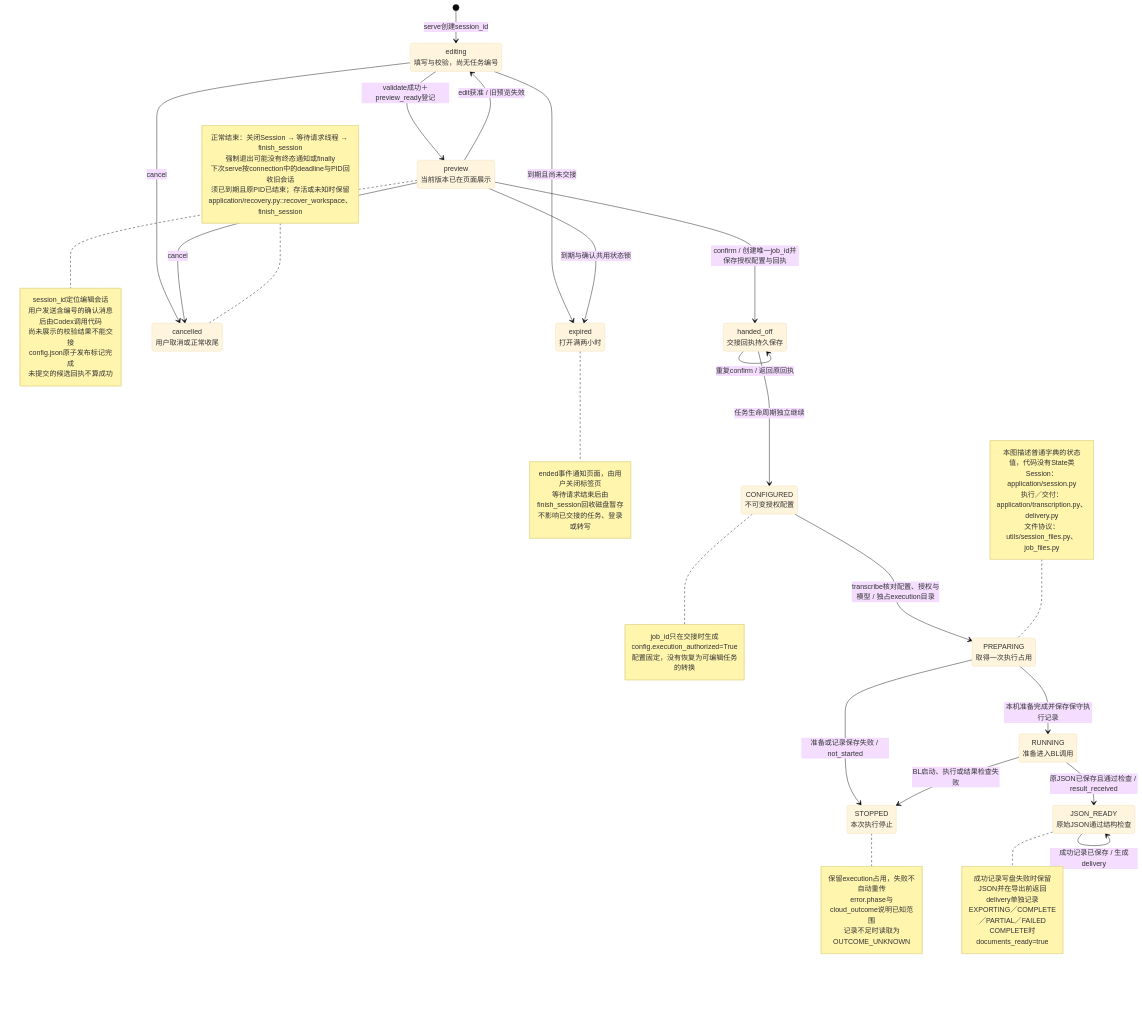
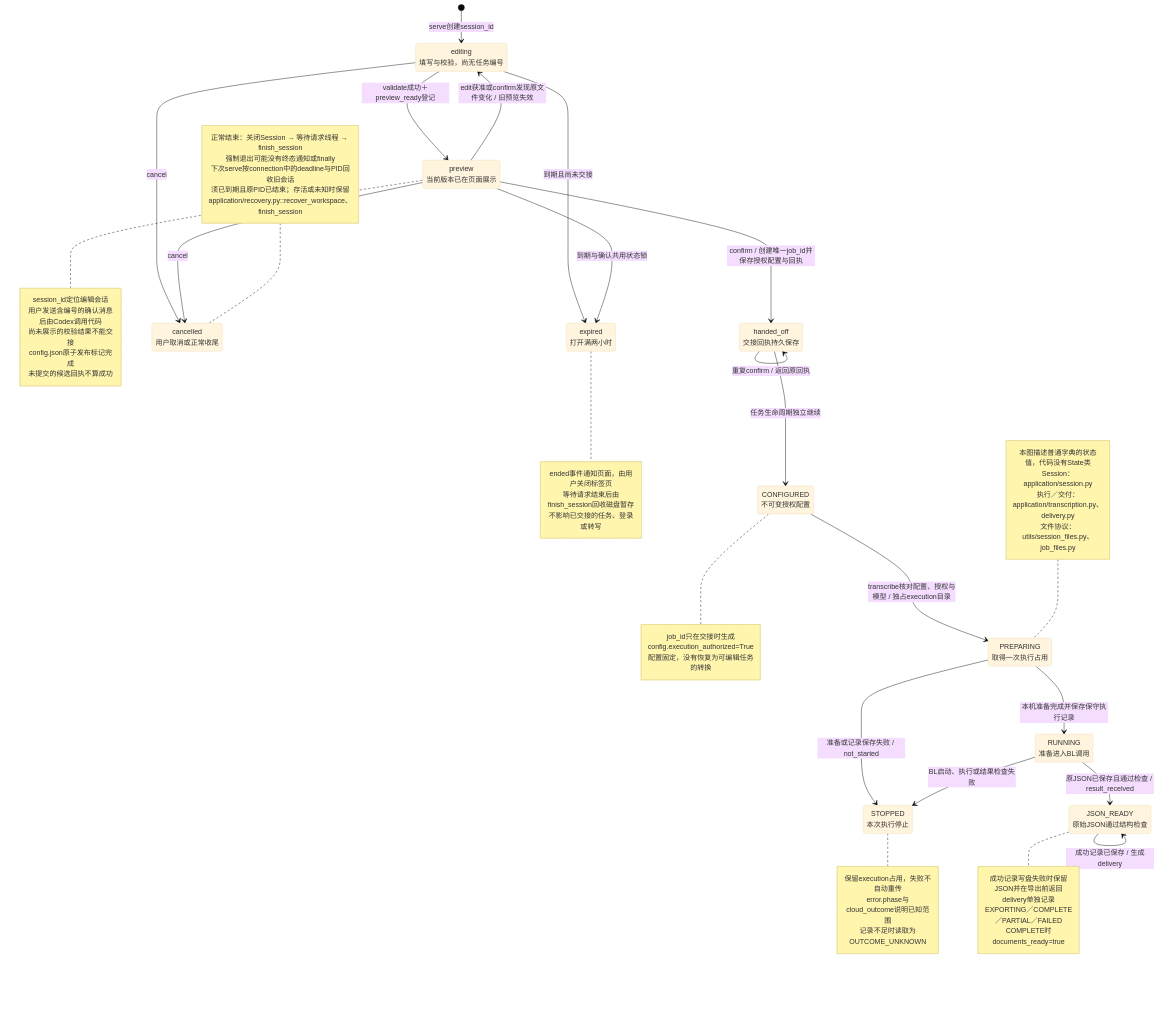
Before and after one commit to hx101700/memoflow: the diagram in doc/uml/07-state.mmd, drawn with Mermaid (base theme). The commit also changed 42 other files, not shown here.

```diff
--- a/doc/uml/07-state.mmd
+++ b/doc/uml/07-state.mmd
@@ -1,70 +1,70 @@
 stateDiagram-v2
 direction TB
 state "editing<br/>填写与校验，尚无任务编号" as Editing
 state "preview<br/>当前版本已在页面展示" as Preview
 state "handed_off<br/>交接回执持久保存" as HandedOff
 state "expired<br/>打开满两小时" as Expired
 state "cancelled<br/>用户取消或正常收尾" as Cancelled
 [*] --> Editing : serve创建session_id
 Editing --> Preview : validate成功＋preview_ready登记
-Preview --> Editing : edit获准 / 旧预览失效
+Preview --> Editing : edit获准或confirm发现原文件变化 / 旧预览失效
 Editing --> Expired : 到期且尚未交接
 Preview --> Expired : 到期与确认共用状态锁
 Editing --> Cancelled : cancel
 Preview --> Cancelled : cancel
 Preview --> HandedOff : confirm / 创建唯一job_id并保存授权配置与回执
 HandedOff --> HandedOff : 重复confirm / 返回原回执
 note right of Preview
   session_id定位编辑会话
   用户发送含编号的确认消息后由Codex调用代码
   尚未展示的校验结果不能交接
   config.json原子发布标记完成
   未提交的候选回执不算成功
 end note
 note right of Expired
   ended事件通知页面，由用户关闭标签页
   等待请求结束后由finish_session回收磁盘暂存
   不影响已交接的任务、登录或转写
 end note
 
 state "CONFIGURED<br/>不可变授权配置" as Configured
 state "PREPARING<br/>取得一次执行占用" as Preparing
 state "RUNNING<br/>准备进入BL调用" as Running
 state "STOPPED<br/>本次执行停止" as Stopped
 state "JSON_READY<br/>原始JSON通过结构检查" as JsonReady
 HandedOff --> Configured : 任务生命周期独立继续
 Configured --> Preparing : transcribe核对配置、授权与模型 / 独占execution目录
 Preparing --> Running : 本机准备完成并保存保守执行记录
 Preparing --> Stopped : 准备或记录保存失败 / not_started
 Running --> Stopped : BL启动、执行或结果检查失败
 Running --> JsonReady : 原JSON已保存且通过检查 / result_received
 JsonReady --> JsonReady : 成功记录已保存 / 生成delivery
 note right of Configured
   job_id只在交接时生成
   config.execution_authorized=True
   配置固定，没有恢复为可编辑任务的转换
 end note
 note right of Stopped
   保留execution占用，失败不自动重传
   error.phase与cloud_outcome说明已知范围
   记录不足时读取为OUTCOME_UNKNOWN
 end note
 note right of JsonReady
   成功记录写盘失败时保留JSON并在导出前返回
   delivery单独记录EXPORTING／COMPLETE／PARTIAL／FAILED
   COMPLETE时documents_ready=true
 end note
 note left of Preparing
   本图描述普通字典的状态值，代码没有State类
   Session：application/session.py
   执行／交付：application/transcription.py、delivery.py
   文件协议：utils/session_files.py、job_files.py
 end note
 
 note left of Cancelled
   正常结束：关闭Session → 等待请求线程 → finish_session
   强制退出可能没有终态通知或finally
   下次serve按connection中的deadline与PID回收旧会话
   须已到期且原PID已结束；存活或未知时保留
   application/recovery.py::recover_workspace、finish_session
 end note
```
